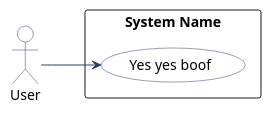
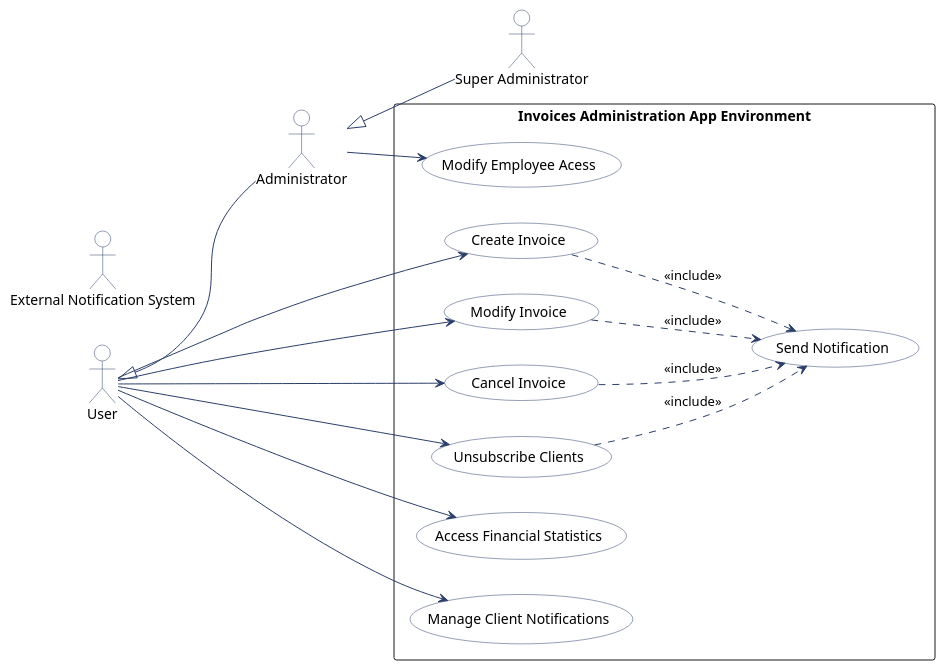
Before and after one commit to Navas05/ADA---Group-Project: the diagram in use_case_diagram.pu, drawn with PlantUML.

Commit message:
First UML sketch

```diff
--- a/use_case_diagram.pu
+++ b/use_case_diagram.pu
@@ -1,50 +1,75 @@
 @startuml
 left to right direction
 
 ' Global settings
 skinparam shadowing false
 skinparam packageStyle rectangle
 
 ' Use Case styling
 skinparam usecase {
     BackgroundColor #FFFFFF
     BorderColor #2B3E6A
     FontColor #000000
 }
 
 ' Actor styling
 skinparam actor {
     BackgroundColor #FFFFFF
     BorderColor #2B3E6A
     FontColor #000000
 }
 
 ' Note styling
 skinparam note {
     BackgroundColor #FDE2B8
     BorderColor #2B3E6A
     FontColor #000000
 }
 
 ' Arrow styling
 skinparam arrow {
     Color #2B3E6A
 }
 
 '=== Actors ===
 ' Define your actors here (e.g., actor "Customer" as cust)
 actor "User" as user
+actor "Administrator" as admin
+actor "Super Administrator" as super
+actor "External Notification System" as notification
 
 '=== System Boundary ===
-rectangle "System Name" {
+rectangle "Invoices Administration App Environment" {
 
     '=== Use Cases ===
     ' Define your use cases here (e.g., usecase "Login" as UC1)
-    usecase "Yes yes boof" as UC1
+    usecase "Create Invoice" as UC1
+    usecase "Modify Invoice" as UC2
+    usecase "Cancel Invoice" as UC3
+    usecase "Unsubscribe Clients" as UC4
+    usecase "Access Financial Statistics" as UC5
+    usecase "Manage Client Notifications" as UC6
+    usecase "Modify Employee Acess" as AC1
+    usecase "Send Notification" as NC1
 }
 
 '=== Relationships ===
 ' Connect actors to use cases or use cases to each other here
 user --> UC1
+user --> UC2
+user --> UC3
+user --> UC4
+user --> UC5
+user --> UC6
+
+admin --> AC1
+
+UC1 ..> NC1 : <<include>>
+UC2 ..> NC1 : <<include>>
+UC3 ..> NC1 : <<include>>
+UC4 ..> NC1 : <<include>>
+
+user <|-- admin
+admin <|-- super
 
 @enduml
```
